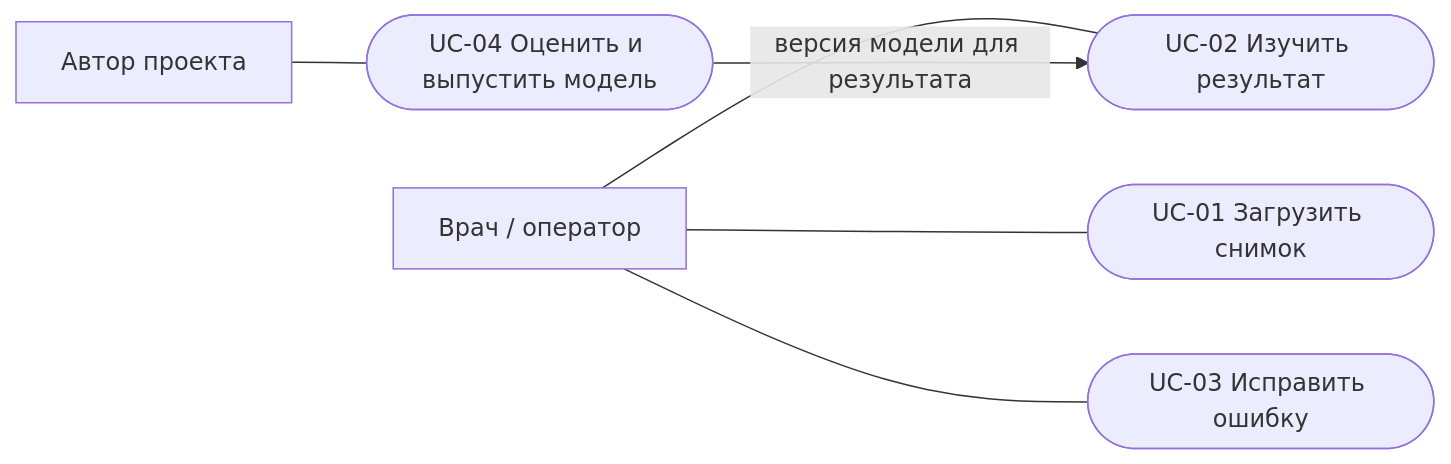
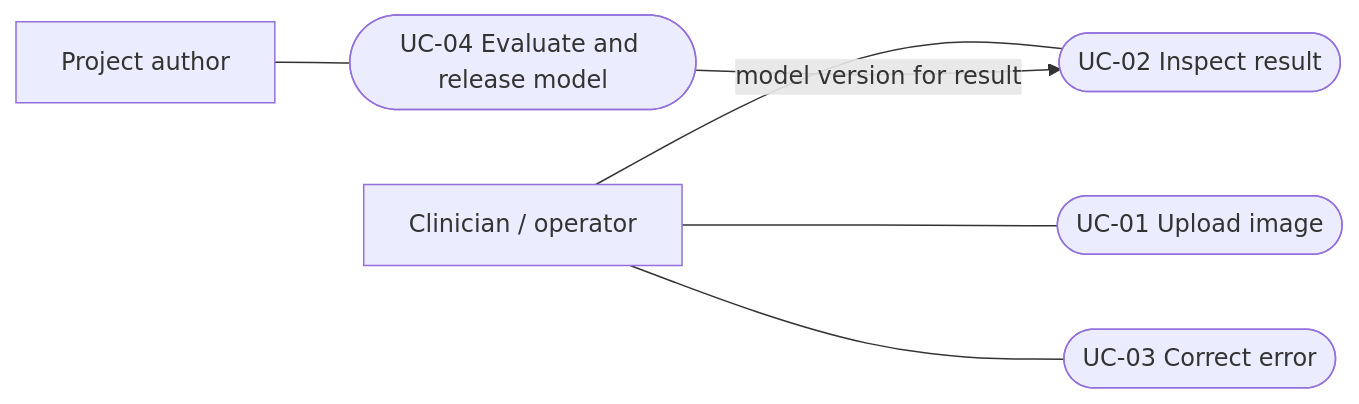
The diagram in diagrams/src/use-case.mmd (lengway/diabetic-retinopathy-grading), drawn with Mermaid before and after one commit. The commit also changed 49 other files, not shown here.

```diff
--- a/diagrams/src/use-case.mmd
+++ b/diagrams/src/use-case.mmd
@@ -1,6 +1,6 @@
 flowchart LR
- U[Врач / оператор] --- C1([UC-01 Загрузить снимок])
- U --- C2([UC-02 Изучить результат])
- U --- C3([UC-03 Исправить ошибку])
- A[Автор проекта] --- C4([UC-04 Оценить и выпустить модель])
- C4 -->|версия модели для результата| C2
+ U[Clinician / operator] --- C1([UC-01 Upload image])
+ U --- C2([UC-02 Inspect result])
+ U --- C3([UC-03 Correct error])
+ A[Project author] --- C4([UC-04 Evaluate and release model])
+ C4 -->|model version for result| C2
```
